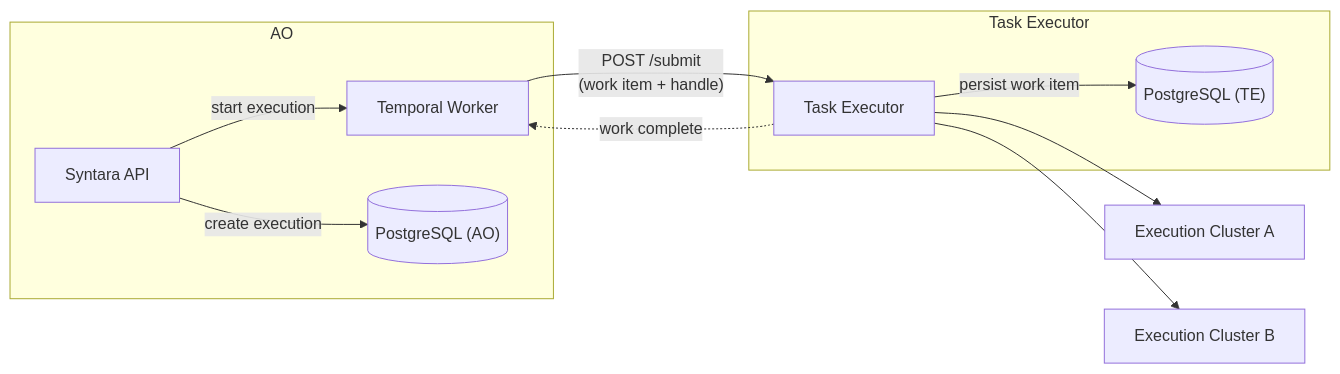
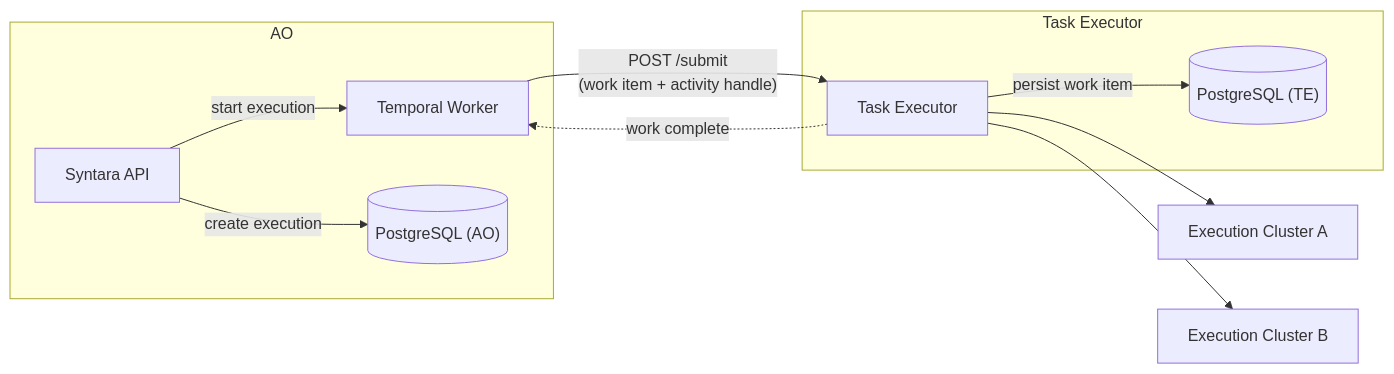
One commit to AlanCoding/syntara changed the second of 2 diagrams in backend/docs/execution-plane-decisions.md. Above: the diagram before and after it, drawn with Mermaid. The commit also changed other lines of this file, not shown here.

````diff
--- a/backend/docs/execution-plane-decisions.md
+++ b/backend/docs/execution-plane-decisions.md
@@ -46,22 +54,22 @@
 ```mermaid
 graph LR
     subgraph AO["AO"]
         API["Syntara API"]
         TW["Temporal Worker"]
         PG_AO[("PostgreSQL (AO)")]
     end
     subgraph TE_BOX["Task Executor"]
         TE["Task Executor"]
         PG_TE[("PostgreSQL (TE)")]
     end
     EC1["Execution Cluster A"]
     EC2["Execution Cluster B"]
 
     API -->|"create execution"| PG_AO
     API -->|"start execution"| TW
-    TW -->|"POST /submit<br/>(work item + handle)"| TE
+    TW -->|"POST /submit<br/>(work item + activity handle)"| TE
     TE -->|"persist work item"| PG_TE
     TE -.->|"work complete"| TW
     TE --> EC1
     TE --> EC2
 ```
````
